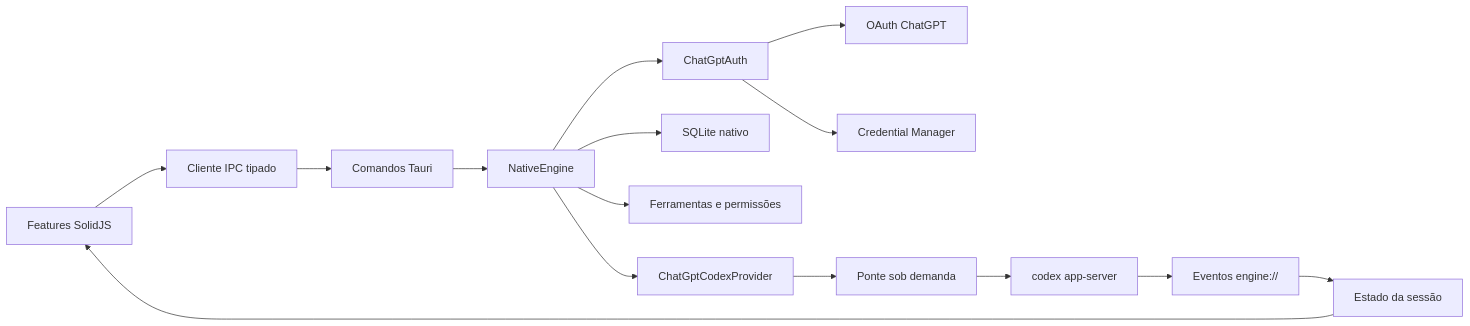
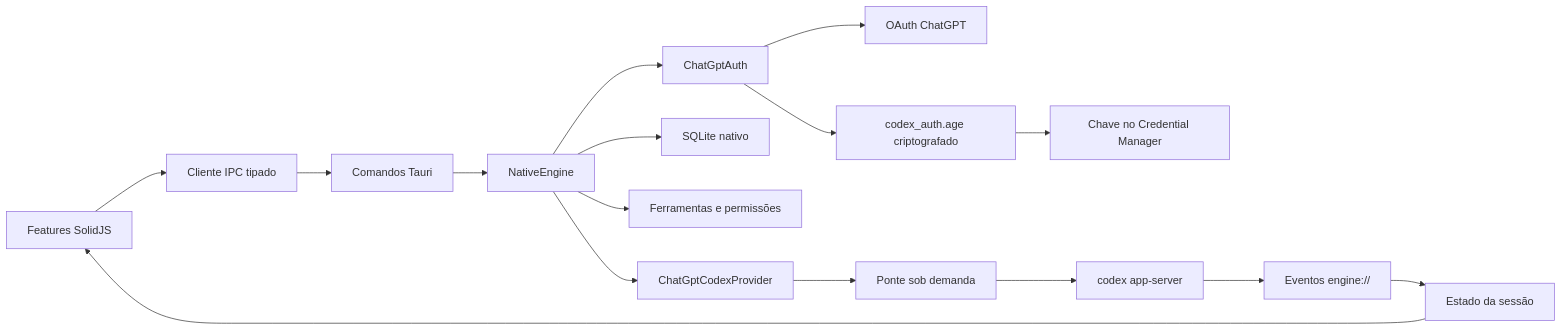
The diagram in docs/ARCHITECTURE.md (BRUN0R2/codex-app), drawn with Mermaid before and after one commit. The commit also changed other lines of this file and 12 other files, not shown here.

Commit message:
Fix Windows auth credential storage

````diff
--- a/docs/ARCHITECTURE.md
+++ b/docs/ARCHITECTURE.md
@@ -5,17 +5,18 @@
 ```mermaid
 flowchart LR
     UI["Features SolidJS"] --> IPC["Cliente IPC tipado"]
     IPC --> Commands["Comandos Tauri"]
     Commands --> Engine["NativeEngine"]
     Engine --> Auth["ChatGptAuth"]
     Auth --> OAuth["OAuth ChatGPT"]
-    Auth --> Keyring["Credential Manager"]
+    Auth --> Vault["codex_auth.age criptografado"]
+    Vault --> Keyring["Chave no Credential Manager"]
     Engine --> Store["SQLite nativo"]
     Engine --> Policy["Ferramentas e permissões"]
     Engine --> Provider["ChatGptCodexProvider"]
     Provider --> Bridge["Ponte sob demanda"]
     Bridge --> Server["codex app-server"]
     Server --> Events["Eventos engine://"]
     Events --> Session["Estado da sessão"]
     Session --> UI
 ```
````
